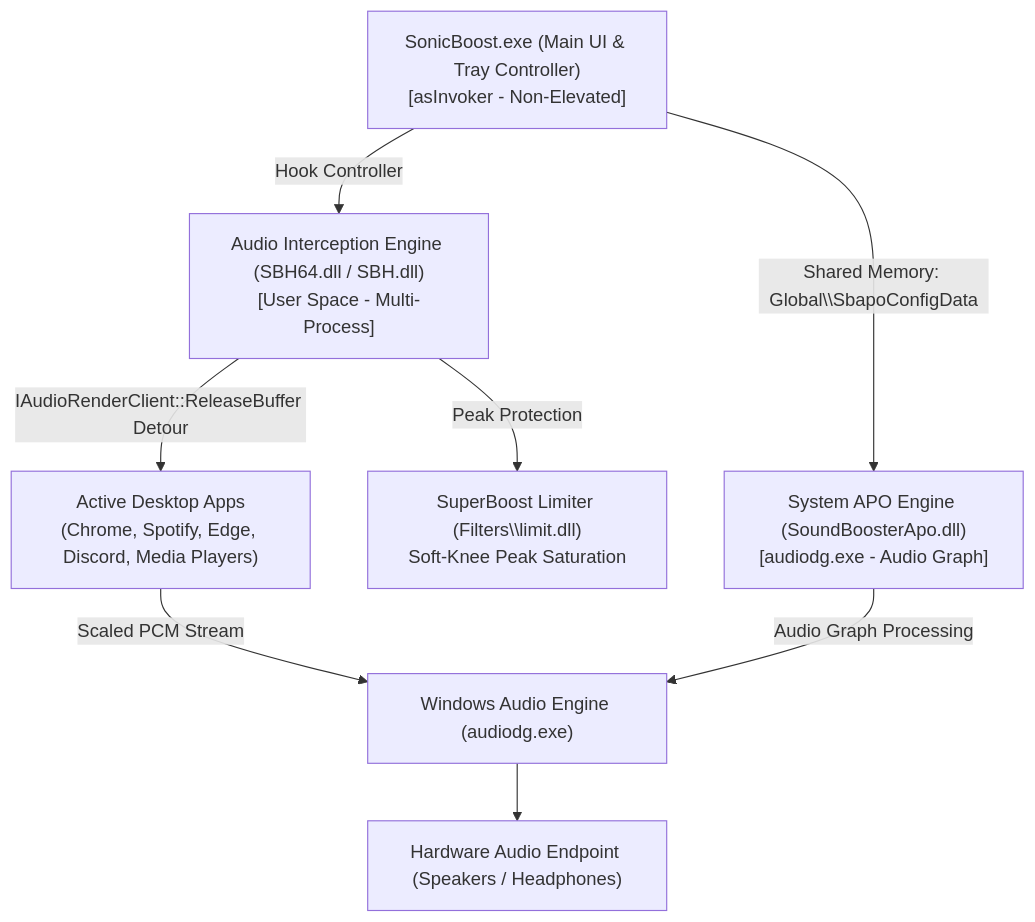
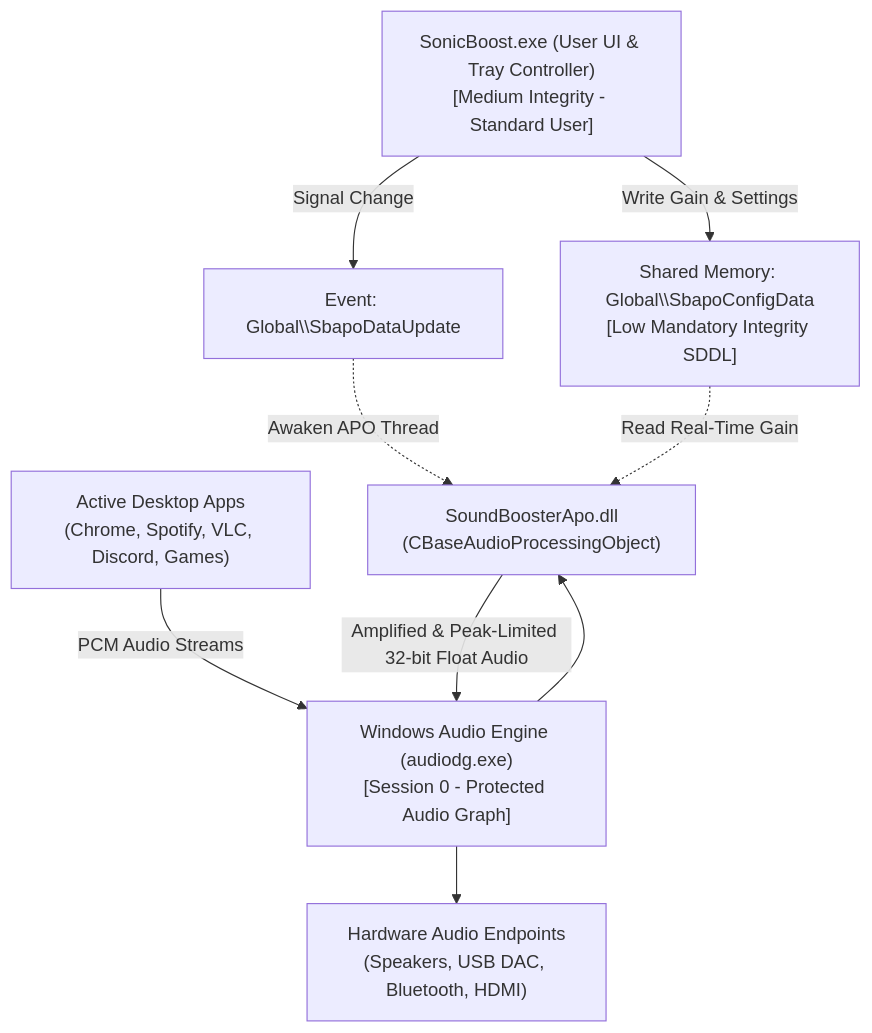
Before and after one commit to Tanatos-theOnly/Sonic-Boost: the diagram in README.md, drawn with Mermaid. The commit also changed other lines of this file and 23 other files, not shown here.

Commit message:
Enhance native Windows APO audio processing engine, static /MT linking, dynamic endpoint enumeration, and decorated documentation

````diff
--- a/README.md
+++ b/README.md
@@ -52,23 +73,24 @@
 ```mermaid
 graph TD
-    UI["SonicBoost.exe (Main UI & Tray Controller)<br/>[asInvoker - Non-Elevated]"]
+    UI["SonicBoost.exe (User UI & Tray Controller)<br/>[Medium Integrity - Standard User]"]
     
-    ENGINE1["Audio Interception Engine (SBH64.dll / SBH.dll)<br/>[User Space - Multi-Process]"]
-    ENGINE2["System APO Engine (SoundBoosterApo.dll)<br/>[audiodg.exe - Audio Graph]"]
+    SHARED_MEM["Shared Memory: Global\\SbapoConfigData<br/>[Low Mandatory Integrity SDDL]"]
+    EVENT_UPDATE["Event: Global\\SbapoDataUpdate"]
     
-    LIMITER["SuperBoost Limiter (Filters\\limit.dll)<br/>Soft-Knee Peak Saturation"]
+    AUDIODG["Windows Audio Engine (audiodg.exe)<br/>[Session 0 - Protected Audio Graph]"]
+    APO["SoundBoosterApo.dll<br/>(CBaseAudioProcessingObject)"]
     
-    APPS["Active Desktop Apps<br/>(Chrome, Spotify, Edge, Discord, Media Players)"]
-    AUDIODG["Windows Audio Engine (audiodg.exe)"]
-    DAC["Hardware Audio Endpoint (Speakers / Headphones)"]
+    APPS["Active Desktop Apps<br/>(Chrome, Spotify, VLC, Discord, Games)"]
+    DAC["Hardware Audio Endpoints<br/>(Speakers, USB DAC, Bluetooth, HDMI)"]
     
-    UI -->|Hook Controller| ENGINE1
-    UI -->|Shared Memory: Global\\SbapoConfigData| ENGINE2
+    UI -->|Write Gain & Settings| SHARED_MEM
+    UI -->|Signal Change| EVENT_UPDATE
     
-    ENGINE1 -->|IAudioRenderClient::ReleaseBuffer Detour| APPS
-    ENGINE1 -->|Peak Protection| LIMITER
+    EVENT_UPDATE -.->|Awaken APO Thread| APO
+    SHARED_MEM -.->|Read Real-Time Gain| APO
     
-    APPS -->|Scaled PCM Stream| AUDIODG
-    ENGINE2 -->|Audio Graph Processing| AUDIODG
+    APPS -->|PCM Audio Streams| AUDIODG
+    AUDIODG --> APO
+    APO -->|Amplified & Peak-Limited 32-bit Float Audio| AUDIODG
     AUDIODG --> DAC
 ```
````
